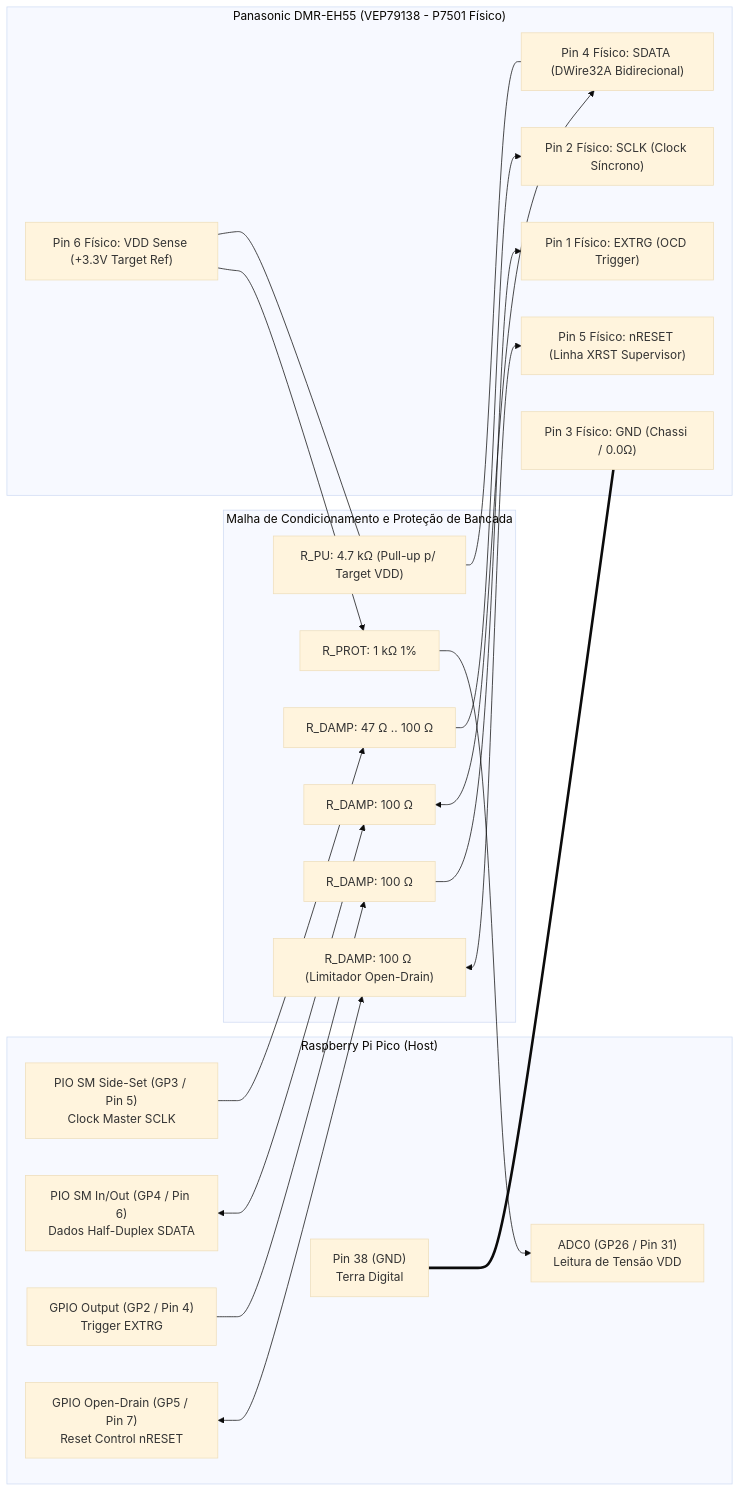
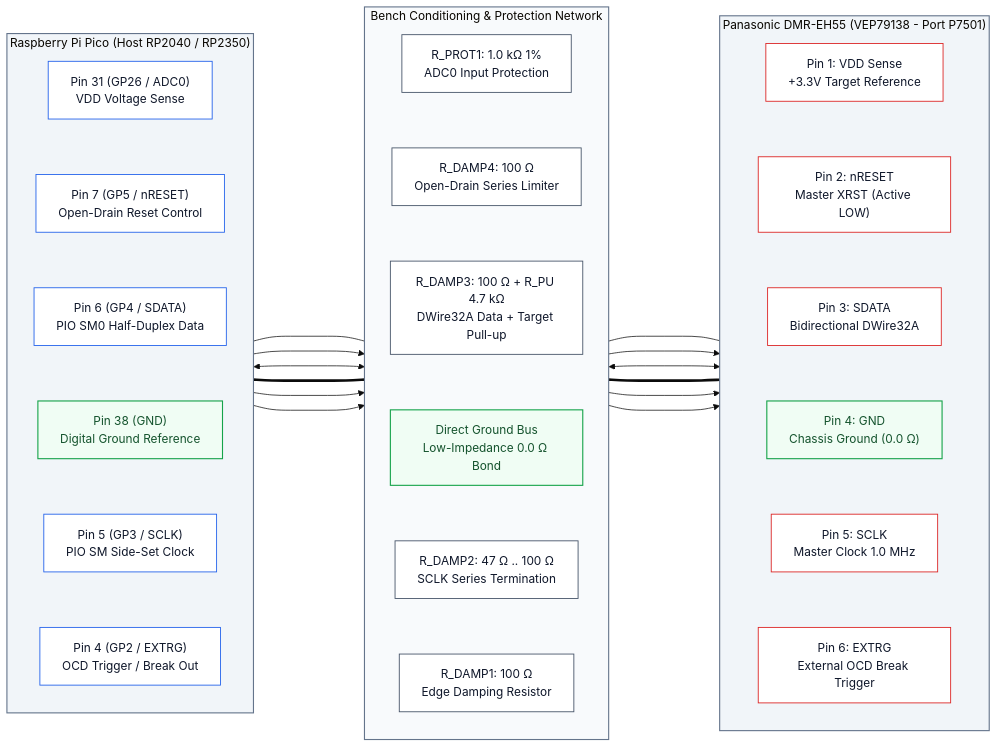
The first of 2 diagrams in docs/BLUEPRINT_ESQUEMA_ELETRICO_BANCADA.md (danielchrono/Panadiga), drawn with Mermaid (base theme) before and after one commit. The commit also changed other lines of this file and 70 other files, not shown here.

````diff
--- a/docs/BLUEPRINT_ESQUEMA_ELETRICO_BANCADA.md
+++ b/docs/BLUEPRINT_ESQUEMA_ELETRICO_BANCADA.md
@@ -97,37 +100,54 @@
 ```mermaid
-graph LR
-    subgraph RP2040["Raspberry Pi Pico (Host)"]
-        ADC["ADC0 (GP26 / Pin 31)<br/>Leitura de Tensão VDD"]
-        PIO_CLK["PIO SM Side-Set (GP3 / Pin 5)<br/>Clock Master SCLK"]
-        PIO_DAT["PIO SM In/Out (GP4 / Pin 6)<br/>Dados Half-Duplex SDATA"]
-        TRIG["GPIO Output (GP2 / Pin 4)<br/>Trigger EXTRG"]
-        RST_OD["GPIO Open-Drain (GP5 / Pin 7)<br/>Reset Control nRESET"]
-        PICO_GND["Pin 38 (GND)<br/>Terra Digital"]
+flowchart LR
+    classDef hostNode fill:#ffffff,stroke:#2563eb,stroke-width:1.2px,color:#0f172a;
+    classDef condNode fill:#ffffff,stroke:#475569,stroke-width:1.2px,color:#0f172a;
+    classDef targetNode fill:#ffffff,stroke:#dc2626,stroke-width:1.2px,color:#0f172a;
+    classDef gndNode fill:#f0fdf4,stroke:#16a34a,stroke-width:1.5px,color:#14532d;
+
+    subgraph RP2040["Raspberry Pi Pico (Host RP2040 / RP2350)"]
+        direction TB
+        PICO_VDD["Pin 31 (GP26 / ADC0)<br/>VDD Voltage Sense"]:::hostNode
+        PICO_RST["Pin 7 (GP5 / nRESET)<br/>Open-Drain Reset Control"]:::hostNode
+        PICO_DAT["Pin 6 (GP4 / SDATA)<br/>PIO SM0 Half-Duplex Data"]:::hostNode
+        PICO_GND["Pin 38 (GND)<br/>Digital Ground Reference"]:::gndNode
+        PICO_CLK["Pin 5 (GP3 / SCLK)<br/>PIO SM Side-Set Clock"]:::hostNode
+        PICO_TRG["Pin 4 (GP2 / EXTRG)<br/>OCD Trigger / Break Out"]:::hostNode
+
+        PICO_VDD ~~~ PICO_RST ~~~ PICO_DAT ~~~ PICO_GND ~~~ PICO_CLK ~~~ PICO_TRG
     end
 
-    subgraph Conditioning["Malha de Condicionamento e Proteção de Bancada"]
-        R_PROT["R_PROT: 1 kΩ 1%"]
-        R_CLK["R_DAMP: 47 Ω .. 100 Ω"]
-        R_DAT["R_DAMP: 100 Ω"]
-        R_PU["R_PU: 4.7 kΩ (Pull-up p/ Target VDD)"]
-        R_TRG["R_DAMP: 100 Ω"]
-        R_RST["R_DAMP: 100 Ω (Limitador Open-Drain)"]
+    subgraph Conditioning["Bench Conditioning & Protection Network"]
+        direction TB
+        R_PROT["R_PROT1: 1.0 kΩ 1%<br/>ADC0 Input Protection"]:::condNode
+        R_RST["R_DAMP4: 100 Ω<br/>Open-Drain Series Limiter"]:::condNode
+        R_DAT["R_DAMP3: 100 Ω + R_PU 4.7 kΩ<br/>DWire32A Data + Target Pull-up"]:::condNode
+        GND_BUS["Direct Ground Bus<br/>Low-Impedance 0.0 Ω Bond"]:::gndNode
+        R_CLK["R_DAMP2: 47 Ω .. 100 Ω<br/>SCLK Series Termination"]:::condNode
+        R_TRG["R_DAMP1: 100 Ω<br/>Edge Damping Resistor"]:::condNode
+
+        R_PROT ~~~ R_RST ~~~ R_DAT ~~~ GND_BUS ~~~ R_CLK ~~~ R_TRG
     end
 
-    subgraph VEP79138["Panasonic DMR-EH55 (VEP79138 - P7501 Físico)"]
-        CN_TRG["Pin 1 Físico: EXTRG (OCD Trigger)"]
-        CN_CLK["Pin 2 Físico: SCLK (Clock Síncrono)"]
-        CN_GND["Pin 3 Físico: GND (Chassi / 0.0Ω)"]
-        CN_DAT["Pin 4 Físico: SDATA (DWire32A Bidirecional)"]
-        CN_RST["Pin 5 Físico: nRESET (Linha XRST Supervisor)"]
-        CN_VDD["Pin 6 Físico: VDD Sense (+3.3V Target Ref)"]
+    subgraph VEP79138["Panasonic DMR-EH55 (VEP79138 - Port P7501)"]
+        direction TB
+        CN_VDD["Pin 1: VDD Sense<br/>+3.3V Target Reference"]:::targetNode
+        CN_RST["Pin 2: nRESET<br/>Master XRST (Active LOW)"]:::targetNode
+        CN_DAT["Pin 3: SDATA<br/>Bidirectional DWire32A"]:::targetNode
+        CN_GND["Pin 4: GND<br/>Chassis Ground (0.0 Ω)"]:::gndNode
+        CN_CLK["Pin 5: SCLK<br/>Master Clock 1.0 MHz"]:::targetNode
+        CN_TRG["Pin 6: EXTRG<br/>External OCD Break Trigger"]:::targetNode
+
+        CN_VDD ~~~ CN_RST ~~~ CN_DAT ~~~ CN_GND ~~~ CN_CLK ~~~ CN_TRG
     end
 
-    CN_VDD --> R_PROT --> ADC
-    CN_VDD --- R_PU --- CN_DAT
-    TRIG --> R_TRG --> CN_TRG
-    PIO_DAT <--> R_DAT <--> CN_DAT
-    PIO_CLK --> R_CLK --> CN_CLK
-    RST_OD <--> R_RST <--> CN_RST
-    PICO_GND === CN_GND
+    PICO_VDD <--- R_PROT <--- CN_VDD
+    PICO_RST ---> R_RST ---> CN_RST
+    PICO_DAT <---> R_DAT <---> CN_DAT
+    PICO_GND ===== GND_BUS ===== CN_GND
+    PICO_CLK ---> R_CLK ---> CN_CLK
+    PICO_TRG ---> R_TRG ---> CN_TRG
+
+    style RP2040 fill:#f1f5f9,stroke:#64748b,stroke-width:1.5px
+    style Conditioning fill:#f8fafc,stroke:#64748b,stroke-width:1.5px
+    style VEP79138 fill:#f1f5f9,stroke:#64748b,stroke-width:1.5px
 ```
````
